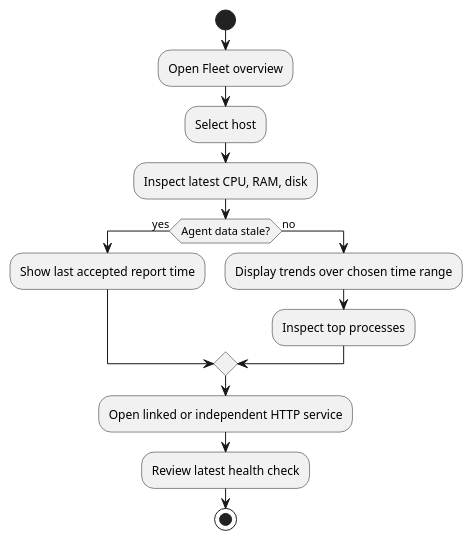
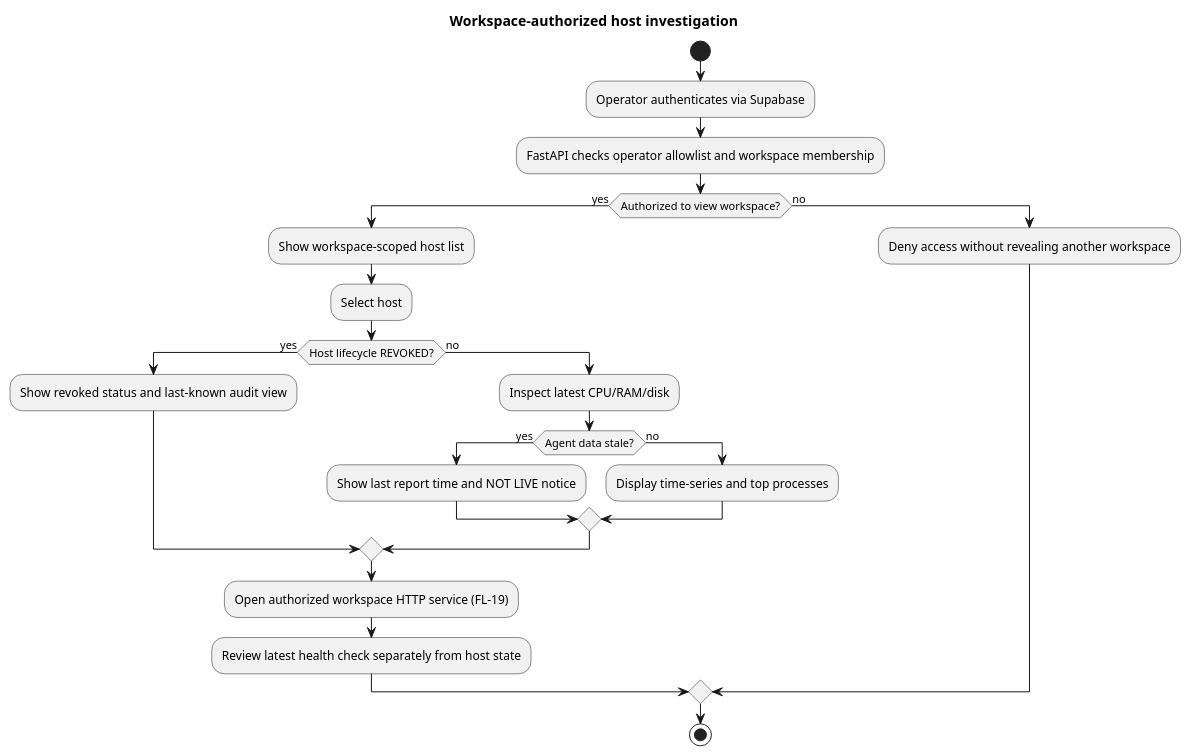
Before and after one commit to Adam-BArbia/fleetluma: the diagram in docs/uml/plantuml/13_activity_investigation.puml, drawn with PlantUML.

Commit message:
docs(FL-31): reconcile remaining package and workflow UML 13_activity_investigation.puml

```diff
--- a/docs/uml/plantuml/13_activity_investigation.puml
+++ b/docs/uml/plantuml/13_activity_investigation.puml
@@ -1,15 +1,25 @@
 @startuml 13_activity_investigation
+title Workspace-authorized host investigation
 start
-:Open Fleet overview;
-:Select host;
-:Inspect latest CPU, RAM, disk;
-if (Agent data stale?) then (yes)
- :Show last accepted report time;
+:Operator authenticates via Supabase;
+:FastAPI checks operator allowlist and workspace membership;
+if (Authorized to view workspace?) then (yes)
+ :Show workspace-scoped host list;
+ :Select host;
+ if (Host lifecycle REVOKED?) then (yes)
+  :Show revoked status and last-known audit view;
+ else (no)
+  :Inspect latest CPU/RAM/disk;
+  if (Agent data stale?) then (yes)
+   :Show last report time and NOT LIVE notice;
+  else (no)
+   :Display time-series and top processes;
+  endif
+ endif
+ :Open authorized workspace HTTP service (FL-19);
+ :Review latest health check separately from host state;
 else (no)
- :Display trends over chosen time range;
- :Inspect top processes;
+ :Deny access without revealing another workspace;
 endif
-:Open linked or independent HTTP service;
-:Review latest health check;
 stop
 @enduml
```
